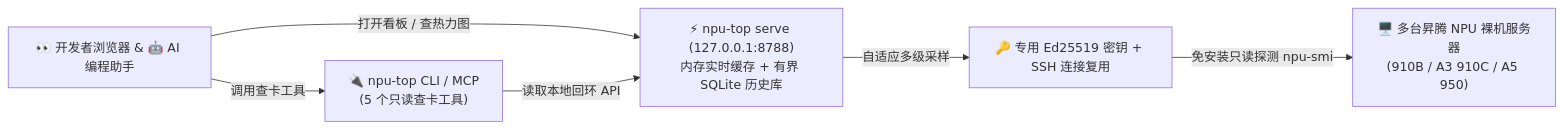
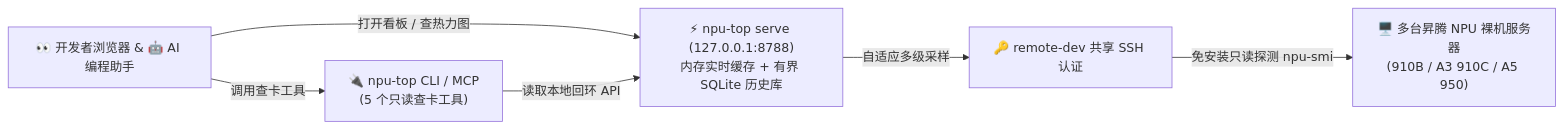
Before and after one commit to mindie-agent/npu-top: the diagram in README.md, drawn with Mermaid. The commit also changed other lines of this file and 24 other files, not shown here.

Commit message:
feat(auth): reuse remote-dev credentials for monitor connections

````diff
--- a/README.md
+++ b/README.md
@@ -40,14 +40,14 @@
 ```mermaid
 flowchart LR
     User["👀 开发者浏览器 & 🤖 AI 编程助手"]
     Server["⚡ npu-top serve (127.0.0.1:8788)<br/>内存实时缓存 + 有界 SQLite 历史库"]
     MCP["🔌 npu-top CLI / MCP<br/>(5 个只读查卡工具)"]
-    SSH["🔑 专用 Ed25519 密钥 + SSH 连接复用"]
+    SSH["🔑 remote-dev 共享 SSH 认证"]
     Hosts["🖥️ 多台昇腾 NPU 裸机服务器<br/>(910B / A3 910C / A5 950)"]
 
     User -->|"打开看板 / 查热力图"| Server
     User -->|"调用查卡工具"| MCP
     MCP -->|"读取本地回环 API"| Server
     Server -->|"自适应多级采样"| SSH
     SSH -->|"免安装只读探测 npu-smi"| Hosts
 ```
````
